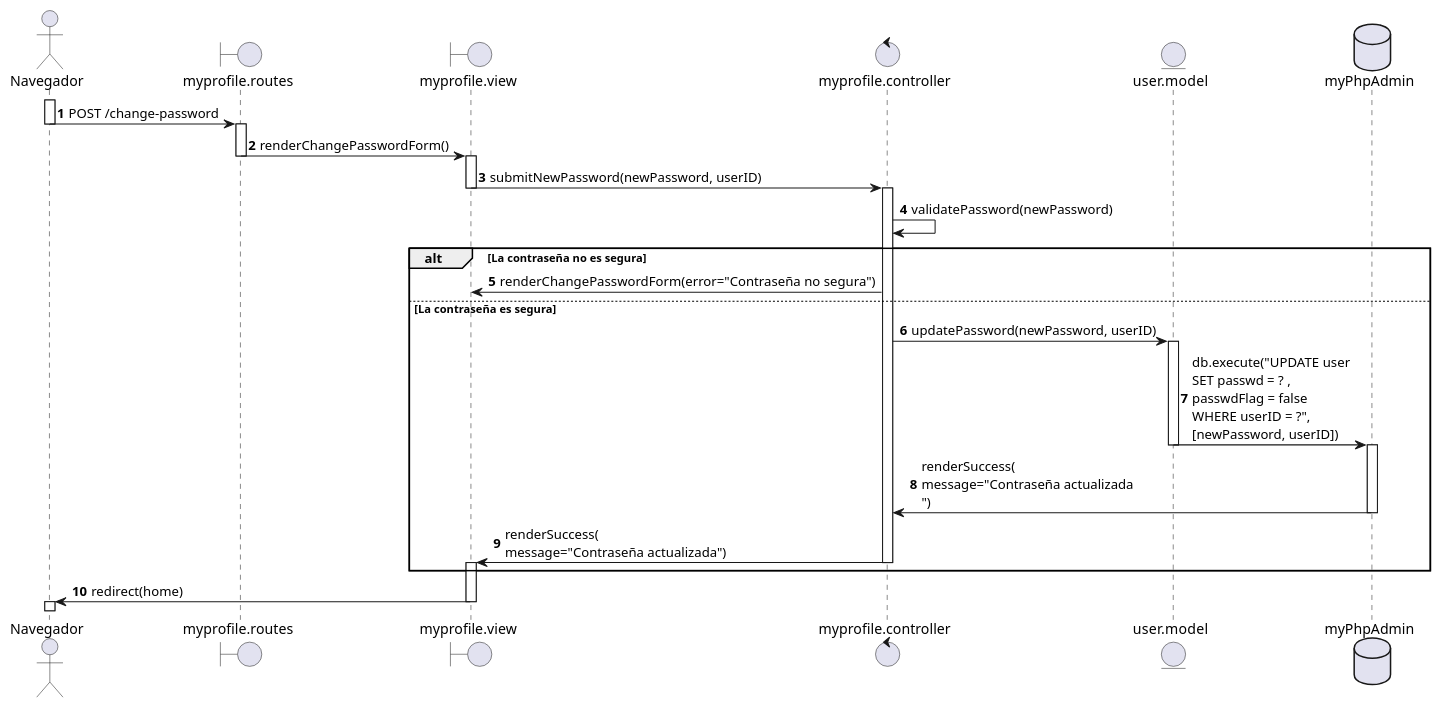
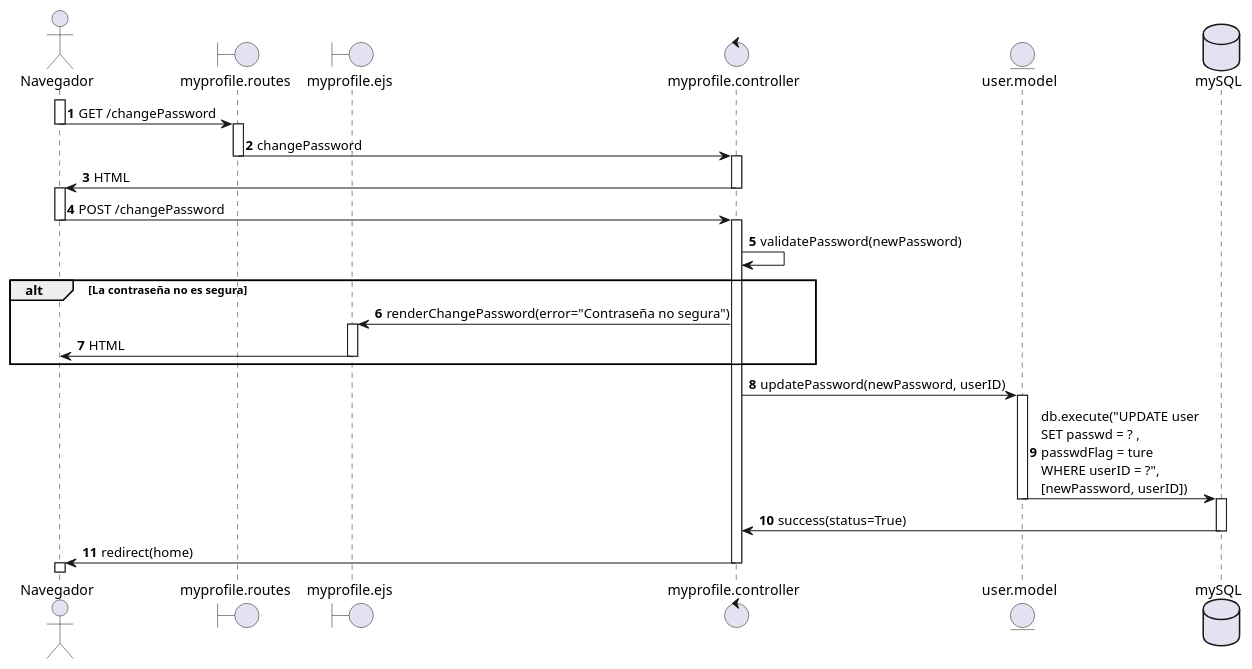
Before and after one commit to EdCanCe/WorkCells: the diagram in diagrams/Casos de Uso/Mauricio/diagrama de secuencia/CU09.puml, drawn with PlantUML. The commit also changed 4 other files, not shown here.

Commit message:
Adding possible rewrite on absence.model sql query to future change on database

```diff
--- a/diagrams/Casos de Uso/Mauricio/diagrama de secuencia/CU09.puml
+++ b/diagrams/Casos de Uso/Mauricio/diagrama de secuencia/CU09.puml
@@ -1,52 +1,54 @@
 @startuml CU09 - Cambio de contraseña temporal - Diagrama de secuencia
 
 actor Navegador
 boundary "myprofile.routes" as Routes
-boundary "myprofile.view" as View
+boundary "myprofile.ejs" as View
 control "myprofile.controller" as Controller
 entity "user.model" as Model
-database "myPhpAdmin" as DB
+database "mySQL" as DB
 
 autonumber
 
 ' El navegador envía una solicitud POST para cambiar la contraseña
 activate Navegador
-Navegador -> Routes : POST /change-password
+Navegador -> Routes : GET /changePassword
 deactivate Navegador
 
 ' La ruta redirige a la vista del formulario
 activate Routes
-Routes -> View : renderChangePasswordForm()
+Routes -> Controller : changePassword
 deactivate Routes
+activate Controller
 
-' El usuario interactúa con la vista: ingresa la nueva contraseña
-activate View
-View -> Controller : submitNewPassword(newPassword, userID)
+Controller -> Navegador : HTML
+deactivate Controller
 deactivate View
+activate Navegador
+Navegador -> Controller : POST /changePassword
+deactivate Navegador
+
 
 ' El controlador valida la contraseña en el servidor
 activate Controller
 Controller -> Controller : validatePassword(newPassword)
 alt La contraseña no es segura
-    Controller -> View : renderChangePasswordForm(error="Contraseña no segura")
-else La contraseña es segura
-    ' Se aplica el hash internamente antes de actualizar la contraseña en la base de datos.
-    Controller -> Model : updatePassword(newPassword, userID)
-    activate Model
-    Model -> DB : db.execute("UPDATE user\nSET passwd = ? ,\npasswdFlag = false\nWHERE userID = ?",\n[newPassword, userID])
-    deactivate Model
-    activate DB
-    DB -> Controller : renderSuccess(\nmessage="Contraseña actualizada\n")
-    deactivate DB
-    deactivate Model
-    Controller -> View : renderSuccess(\nmessage="Contraseña actualizada")
-    deactivate Controller
+    Controller -> View : renderChangePassword(error="Contraseña no segura")
     activate View
+    View -> Navegador : HTML
+    deactivate View
 end
-
-' La vista renderiza el resultado y lo devuelve al navegador
-View -> Navegador : redirect(home)
+' La contraseña es segura
+' Se aplica el hash internamente antes de actualizar la contraseña en la base de datos.
+Controller -> Model : updatePassword(newPassword, userID)
+activate Model
+Model -> DB : db.execute("UPDATE user\nSET passwd = ? ,\npasswdFlag = ture\nWHERE userID = ?",\n[newPassword, userID])
+deactivate Model
+activate DB
+DB -> Controller : success(status=True)
+deactivate DB
 deactivate View
+Controller -> Navegador : redirect(home)
+deactivate Controller
 activate Navegador
 
 @enduml
```
